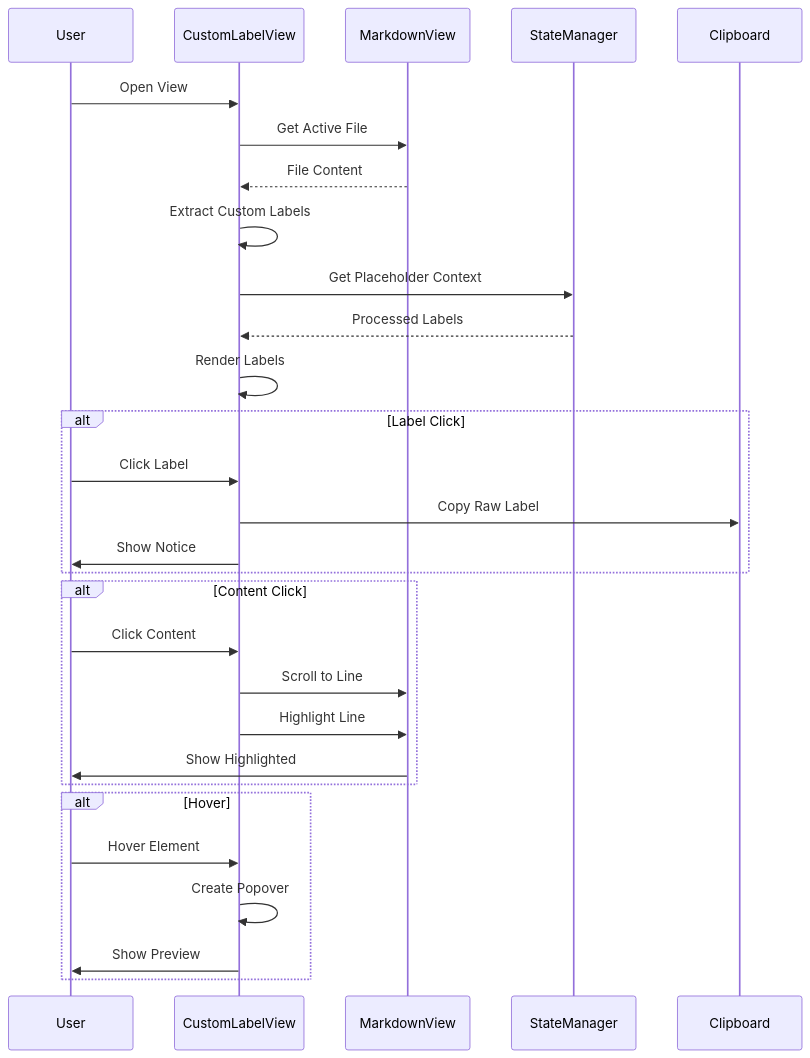
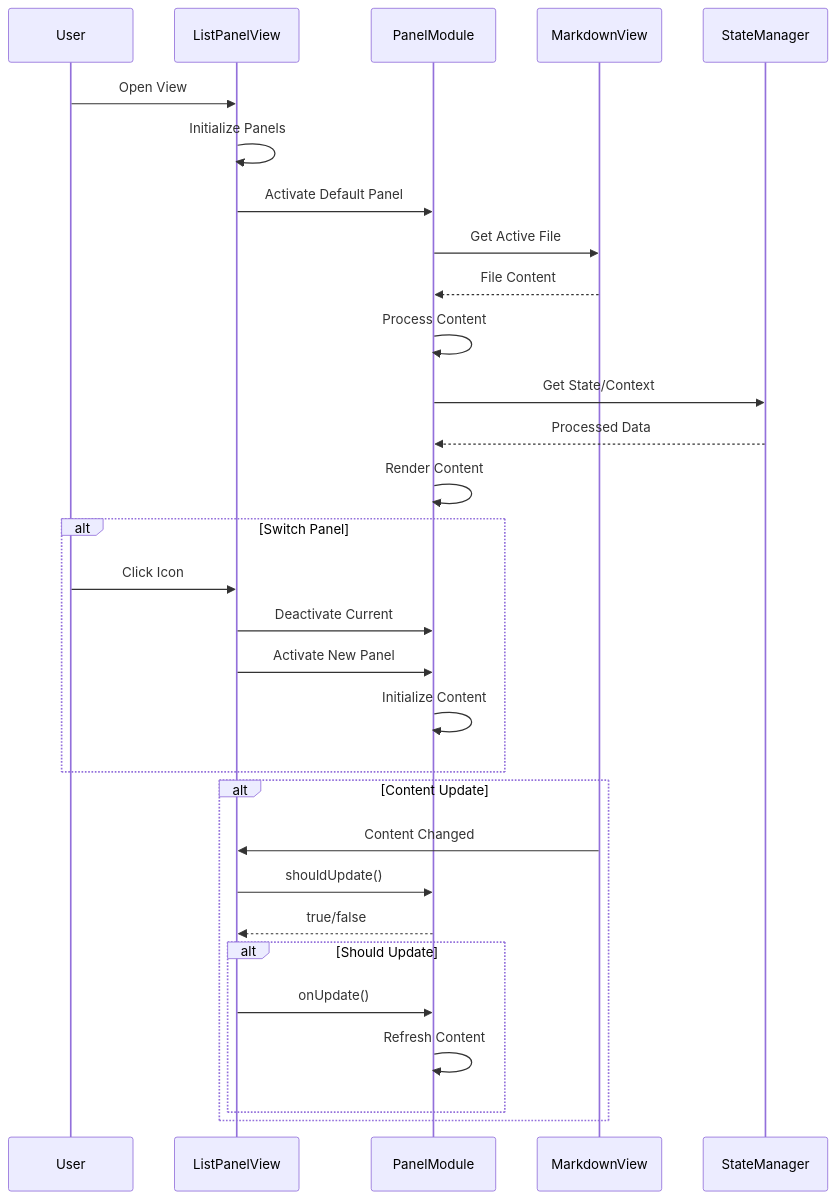
The fifth of 8 diagrams in ARCHITECTURE.md (ErrorTzy/obsidian-pandoc-extended-markdown), drawn with Mermaid before and after one commit. The commit also changed other lines of this file and 9 other files, not shown here.

First line of the commit message:
feat: Implement modular List Panel View with extensible architecture

````diff
--- a/ARCHITECTURE.md
+++ b/ARCHITECTURE.md
@@ -388,35 +477,35 @@
 ```mermaid
 sequenceDiagram
     participant User
-    participant View as CustomLabelView
+    participant LPV as ListPanelView
+    participant Panel as PanelModule
     participant Editor as MarkdownView
     participant SM as StateManager
-    participant Clip as Clipboard
     
-    User->>View: Open View
-    View->>Editor: Get Active File
-    Editor-->>View: File Content
-    View->>View: Extract Custom Labels
-    View->>SM: Get Placeholder Context
-    SM-->>View: Processed Labels
-    View->>View: Render Labels
+    User->>LPV: Open View
+    LPV->>LPV: Initialize Panels
+    LPV->>Panel: Activate Default Panel
+    Panel->>Editor: Get Active File
+    Editor-->>Panel: File Content
+    Panel->>Panel: Process Content
+    Panel->>SM: Get State/Context
+    SM-->>Panel: Processed Data
+    Panel->>Panel: Render Content
     
-    alt Label Click
-        User->>View: Click Label
-        View->>Clip: Copy Raw Label
-        View->>User: Show Notice
+    alt Switch Panel
+        User->>LPV: Click Icon
+        LPV->>Panel: Deactivate Current
+        LPV->>Panel: Activate New Panel
+        Panel->>Panel: Initialize Content
     end
     
-    alt Content Click
-        User->>View: Click Content
-        View->>Editor: Scroll to Line
-        View->>Editor: Highlight Line
-        Editor->>User: Show Highlighted
-    end
-    
-    alt Hover
-        User->>View: Hover Element
-        View->>View: Create Popover
-        View->>User: Show Preview
+    alt Content Update
+        Editor->>LPV: Content Changed
+        LPV->>Panel: shouldUpdate()
+        Panel-->>LPV: true/false
+        alt Should Update
+            LPV->>Panel: onUpdate()
+            Panel->>Panel: Refresh Content
+        end
     end
 ```
````
